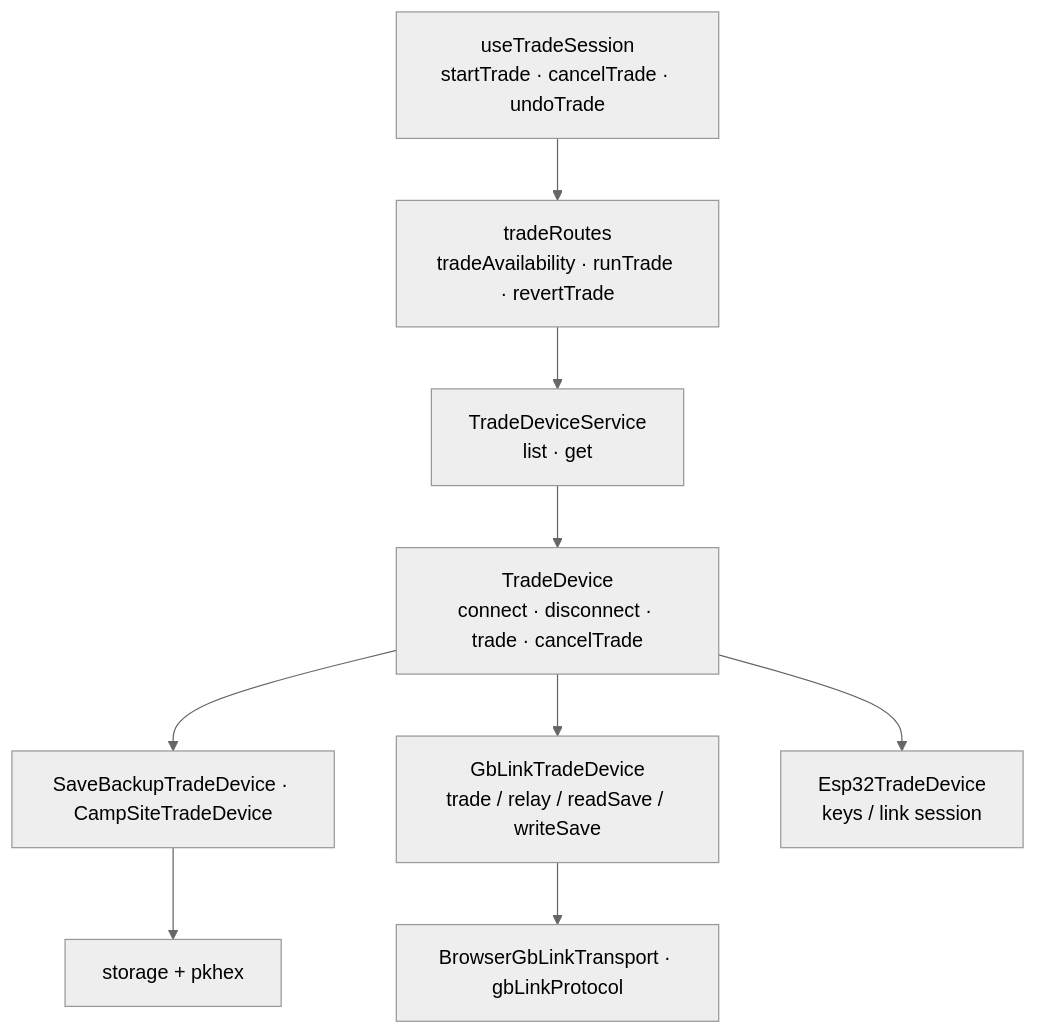
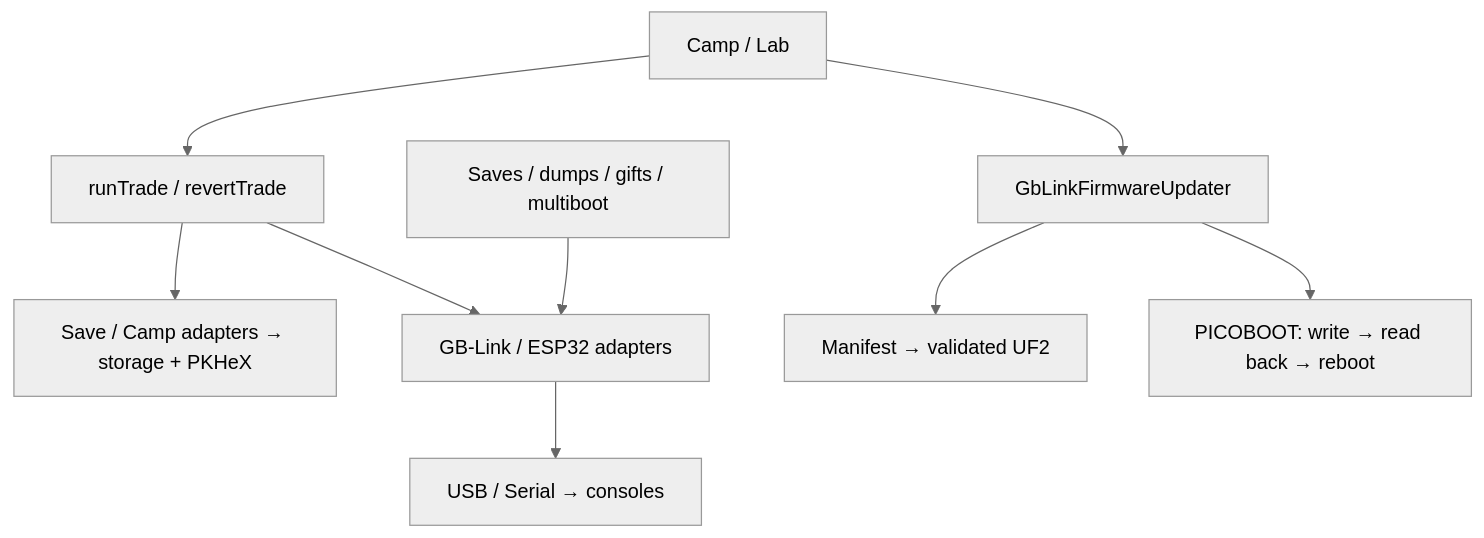
Before and after one commit to MercuryEnigma/pkcamp: the diagram in src/services/tradeDevice/ARCHITECTURE.md, drawn with Mermaid (neutral theme). The commit also changed other lines of this file and 133 other files, not shown here.

````diff
--- a/src/services/tradeDevice/ARCHITECTURE.md
+++ b/src/services/tradeDevice/ARCHITECTURE.md
@@ -16,11 +20,11 @@
 ```mermaid
 flowchart TB
-  UI["useTradeSession<br/>startTrade · cancelTrade · undoTrade"] --> Routes["tradeRoutes<br/>tradeAvailability · runTrade · revertTrade"]
-  Routes --> Registry["TradeDeviceService<br/>list · get"]
-  Registry --> Interface["TradeDevice<br/>connect · disconnect · trade · cancelTrade"]
-  Interface --> Stored["SaveBackupTradeDevice · CampSiteTradeDevice"]
-  Interface --> GBA["GbLinkTradeDevice<br/>trade / relay / readSave / writeSave"]
-  Interface --> Switch["Esp32TradeDevice<br/>keys / link session"]
-  Stored --> Storage["storage + pkhex"]
-  GBA --> Transport["BrowserGbLinkTransport · gbLinkProtocol"]
+  UI["Camp / Lab"] --> Routes["runTrade / revertTrade"]
+  Routes --> Stored["Save / Camp adapters → storage + PKHeX"]
+  Routes --> Devices["GB-Link / ESP32 adapters"]
+  Tasks["Saves / dumps / gifts / multiboot"] --> Devices
+  Devices --> Hardware["USB / Serial → consoles"]
+  UI --> Update["GbLinkFirmwareUpdater"]
+  Update --> Manifest["Manifest → validated UF2"]
+  Update --> Boot["PICOBOOT: write → read back → reboot"]
 ```
````
